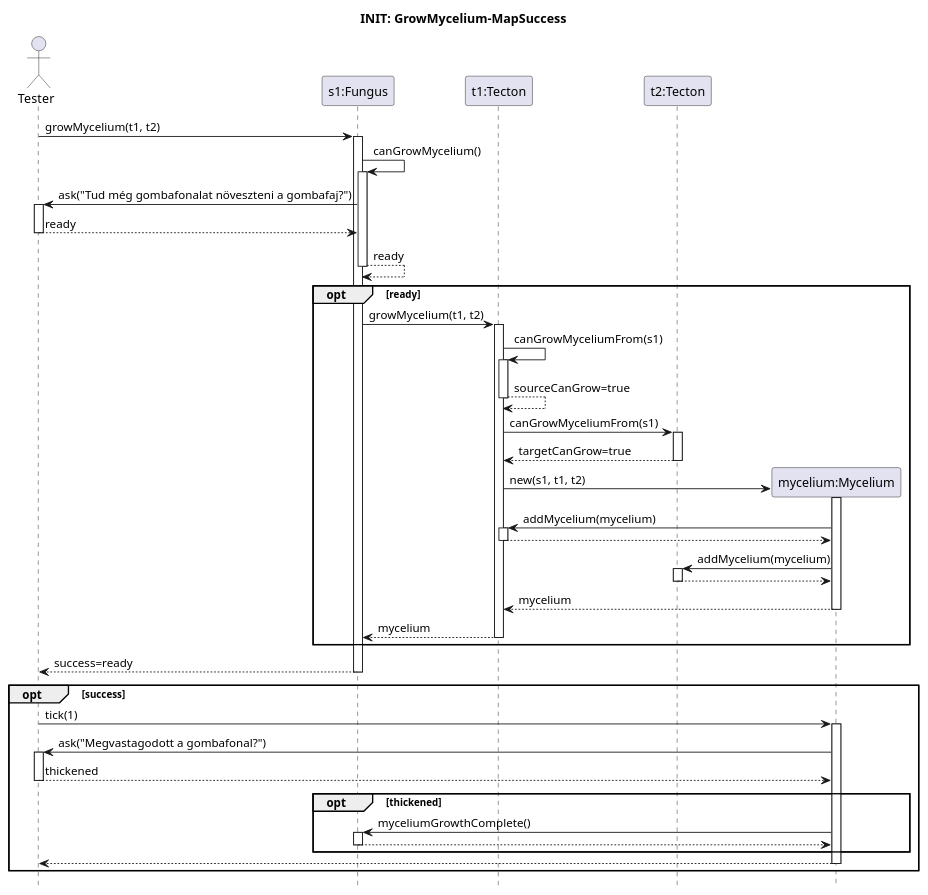
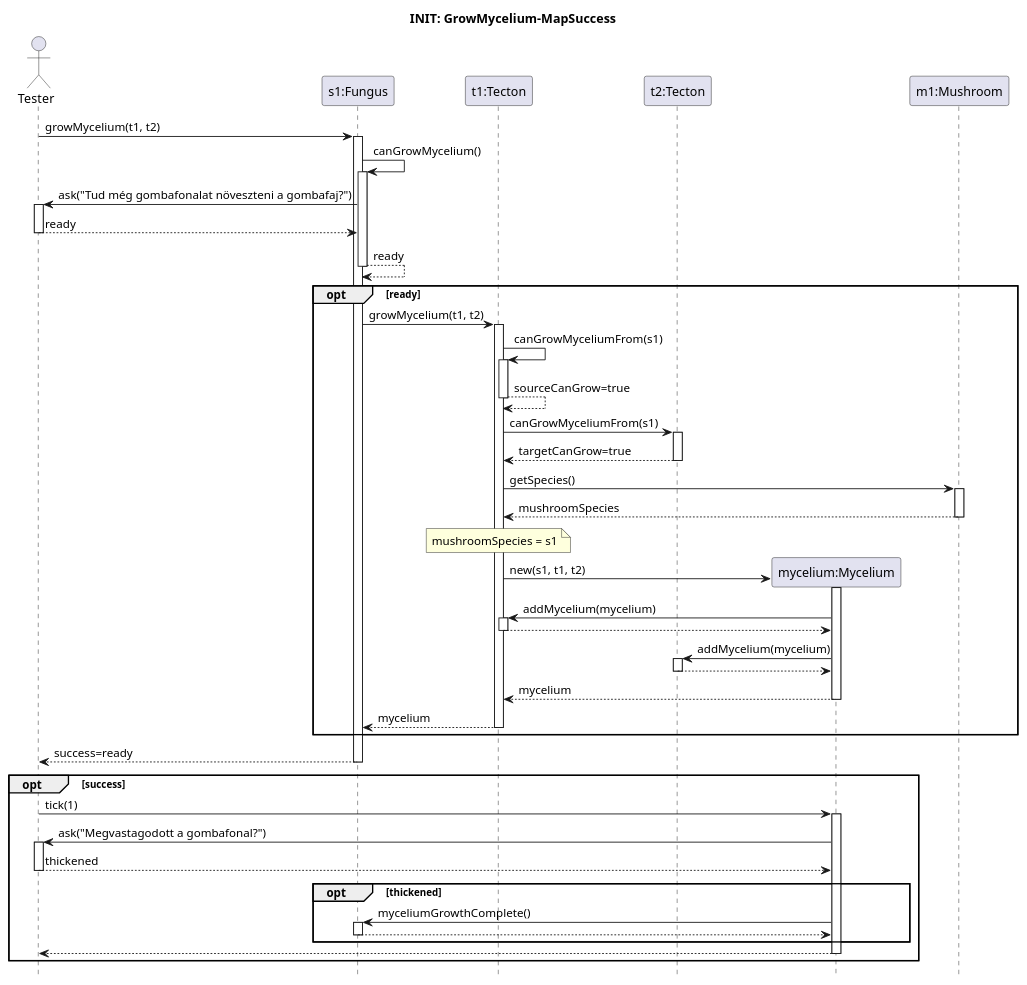
Before and after one commit to ZD4ve/projlab-error521: the diagram in Skeleton/Grow-mycelium/success.pu, drawn with PlantUML. The commit also changed 4 other files, not shown here.

```diff
--- a/Skeleton/Grow-mycelium/success.pu
+++ b/Skeleton/Grow-mycelium/success.pu
@@ -1,71 +1,77 @@
 @startuml grow-mycelium-success
 hide footbox
 
 title INIT: GrowMycelium-MapSuccess
 
 actor Tester
 participant "s1:Fungus" as species
 participant "t1:Tecton" as source
 participant "t2:Tecton" as target
 participant "mycelium:Mycelium" as mycelium
+participant "m1:Mushroom" as m1
 
 
 Tester -> species : growMycelium(t1, t2)
 activate species
 
 species -> species : canGrowMycelium()
 activate species
 
 Tester <- species : ask("Tud még gombafonalat növeszteni a gombafaj?")
 activate Tester
 return ready
 
 return ready
 
 opt ready
 
     species -> source : growMycelium(t1, t2)
     activate source
         source -> source : canGrowMyceliumFrom(s1)
         activate source
         return sourceCanGrow=true
 
         source -> target : canGrowMyceliumFrom(s1)
         activate target
         return targetCanGrow=true
+
+        source -> m1 : getSpecies()
+        activate m1
+        return mushroomSpecies
+        note over source: mushroomSpecies = s1
 
         create mycelium
         source -> mycelium : new(s1, t1, t2)
         activate mycelium
 
         mycelium -> source : addMycelium(mycelium)
         activate source
         return
 
         mycelium -> target : addMycelium(mycelium)
         activate target
         return
 
         return mycelium
 
     return mycelium
 end
 return success=ready
 
 opt success
     Tester -> mycelium : tick(1)
     activate mycelium
 
     Tester <- mycelium : ask("Megvastagodott a gombafonal?")
     activate Tester
     return thickened
 
     opt thickened 
         mycelium -> species : myceliumGrowthComplete()
         activate species
         return
     end
 
     return
 end
 @enduml
```
